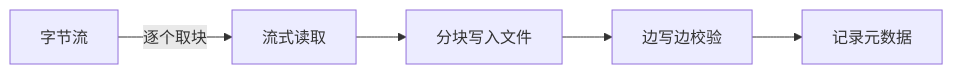
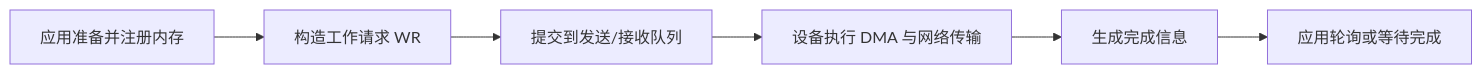
Before and after one commit to YIYUANYUAN1116/engineering-lab: the ninth of 13 diagrams in share/dragonfly-urma-basic-sharing.md, drawn with Mermaid. The commit also changed other lines of this file and 1 other file, not shown here.

````diff
--- a/share/dragonfly-urma-basic-sharing.md
+++ b/share/dragonfly-urma-basic-sharing.md
@@ -292,7 +427,8 @@
-```mermaid
+~~~mermaid
 flowchart LR
-    A[字节流] -->|逐个取块| B[流式读取]
-    B --> C[分块写入文件]
-    C --> D[边写边校验]
-    D --> E[记录元数据]
-```
+    A[应用准备并注册内存] --> B[构造工作请求 WR]
+    B --> C[提交到发送/接收队列]
+    C --> D[设备执行 DMA 与网络传输]
+    D --> E[生成完成信息]
+    E --> F[应用轮询或等待完成]
+~~~
````
